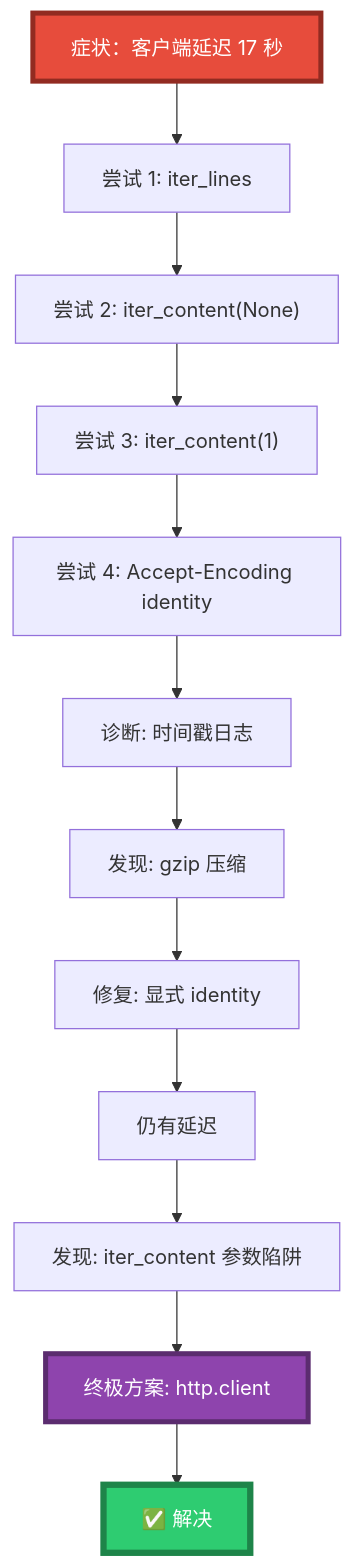
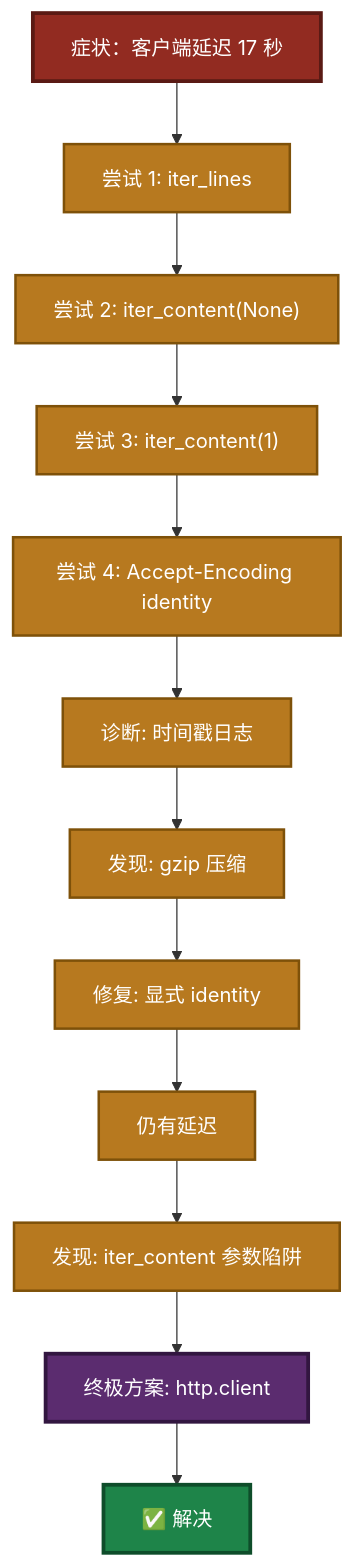
Diagram 13 of 28 in src/llm-service/LingoFuse_LLM_Ecosystem_User_Guide.md (PassByYou888/LingoFuse-pasAgent), drawn with Mermaid before and after one commit. The commit also changed other lines of this file, not shown here.

````diff
--- a/src/llm-service/LingoFuse_LLM_Ecosystem_User_Guide.md
+++ b/src/llm-service/LingoFuse_LLM_Ecosystem_User_Guide.md
@@ -368,18 +438,27 @@
 ```mermaid
 flowchart TB
     START["症状：客户端延迟 17 秒"] --> A1["尝试 1: iter_lines"]
     A1 --> A2["尝试 2: iter_content(None)"]
     A2 --> A3["尝试 3: iter_content(1)"]
     A3 --> A4["尝试 4: Accept-Encoding identity"]
     A4 --> A5["诊断: 时间戳日志"]
     A5 --> A6["发现: gzip 压缩"]
     A6 --> A7["修复: 显式 identity"]
     A7 --> A8["仍有延迟"]
     A8 --> A9["发现: iter_content 参数陷阱"]
     A9 --> A10["终极方案: http.client"]
     A10 --> DONE["✅ 解决"]
 
-    style START fill:#E74C3C,stroke:#922B21,stroke-width:4px,color:#FFFFFF
-    style DONE fill:#2ECC71,stroke:#1E8449,stroke-width:5px,color:#FFFFFF
-    style A10 fill:#8E44AD,stroke:#5B2C6F,stroke-width:4px,color:#FFFFFF
+    style START fill:#922B21,stroke:#5A1A14,stroke-width:3px,color:#FFFFFF
+    style DONE fill:#1E8449,stroke:#0E4D2A,stroke-width:3px,color:#FFFFFF
+    style A10 fill:#5B2C6F,stroke:#321640,stroke-width:3px,color:#FFFFFF
+    style A1 fill:#B7791F,stroke:#7E5109,stroke-width:2px,color:#FFFFFF
+    style A2 fill:#B7791F,stroke:#7E5109,stroke-width:2px,color:#FFFFFF
+    style A3 fill:#B7791F,stroke:#7E5109,stroke-width:2px,color:#FFFFFF
+    style A4 fill:#B7791F,stroke:#7E5109,stroke-width:2px,color:#FFFFFF
+    style A5 fill:#B7791F,stroke:#7E5109,stroke-width:2px,color:#FFFFFF
+    style A6 fill:#B7791F,stroke:#7E5109,stroke-width:2px,color:#FFFFFF
+    style A7 fill:#B7791F,stroke:#7E5109,stroke-width:2px,color:#FFFFFF
+    style A8 fill:#B7791F,stroke:#7E5109,stroke-width:2px,color:#FFFFFF
+    style A9 fill:#B7791F,stroke:#7E5109,stroke-width:2px,color:#FFFFFF
 ```
````
